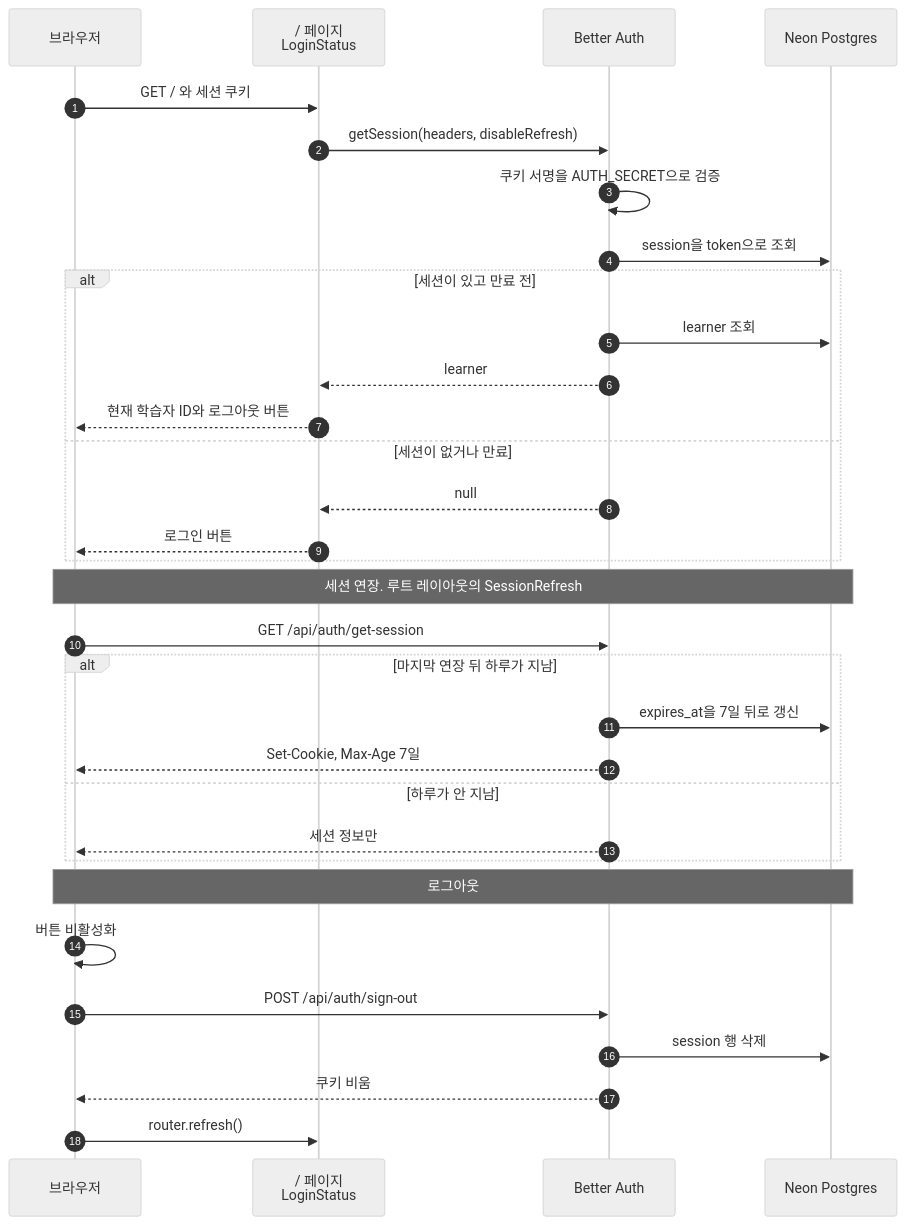
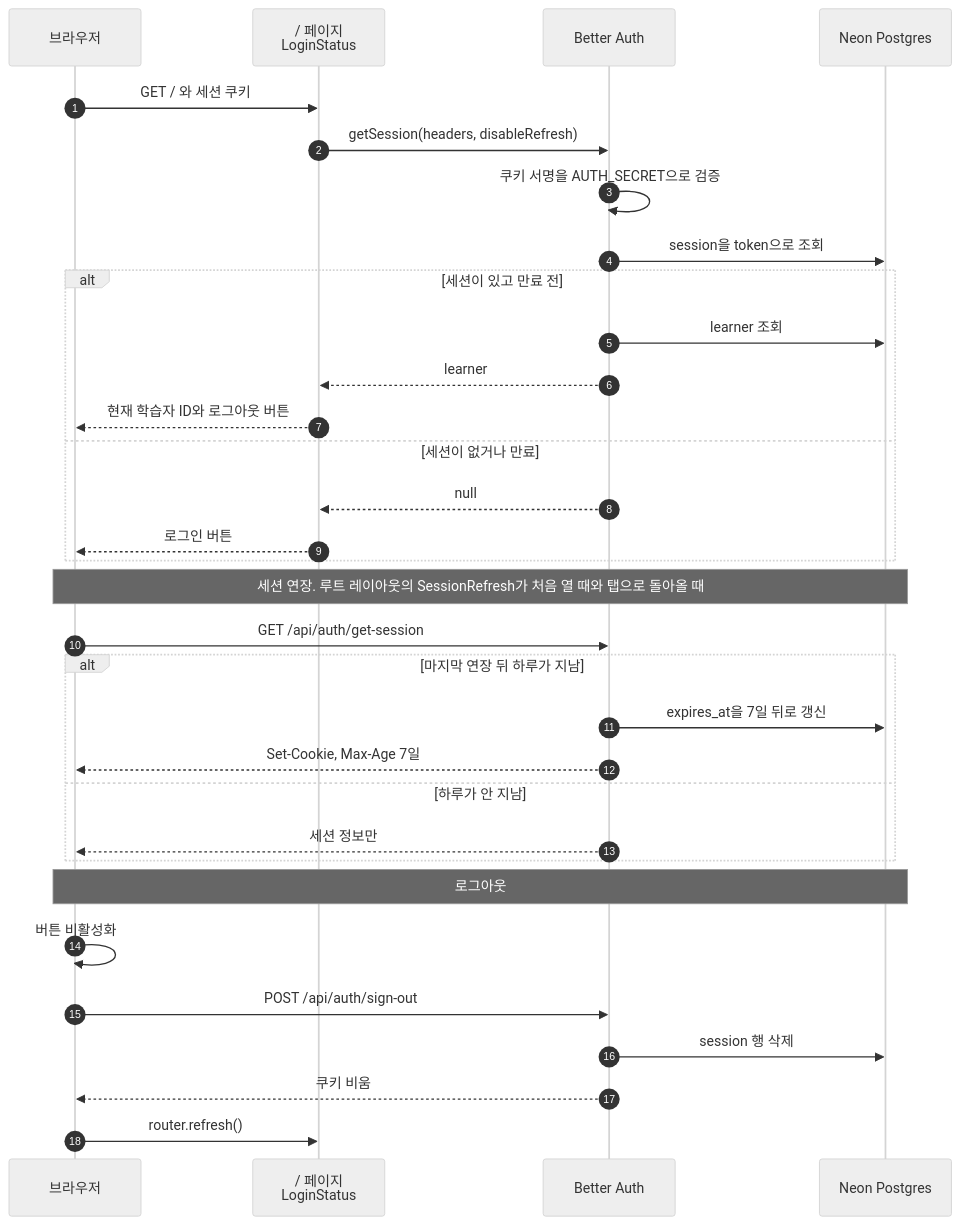
One commit to hm1n/silo-4th changed the fourth of 6 diagrams in _docs/output/2026-11-02-social-login-design.md. Above: the diagram before and after it, drawn with Mermaid (neutral theme). The commit also changed other lines of this file and 4 other files, not shown here.

````diff
--- a/_docs/output/2026-11-02-social-login-design.md
+++ b/_docs/output/2026-11-02-social-login-design.md
@@ -171,37 +175,37 @@
 ```mermaid
 sequenceDiagram
   autonumber
   participant B as 브라우저
   participant P as / 페이지<br/>LoginStatus
   participant A as Better Auth
   participant DB as Neon Postgres
 
   B->>P: GET / 와 세션 쿠키
   P->>A: getSession(headers, disableRefresh)
   A->>A: 쿠키 서명을 AUTH_SECRET으로 검증
   A->>DB: session을 token으로 조회
   alt 세션이 있고 만료 전
     A->>DB: learner 조회
     A-->>P: learner
     P-->>B: 현재 학습자 ID와 로그아웃 버튼
   else 세션이 없거나 만료
     A-->>P: null
     P-->>B: 로그인 버튼
   end
 
-  Note over B,DB: 세션 연장. 루트 레이아웃의 SessionRefresh
+  Note over B,DB: 세션 연장. 루트 레이아웃의 SessionRefresh가 처음 열 때와 탭으로 돌아올 때
   B->>A: GET /api/auth/get-session
   alt 마지막 연장 뒤 하루가 지남
     A->>DB: expires_at을 7일 뒤로 갱신
     A-->>B: Set-Cookie, Max-Age 7일
   else 하루가 안 지남
     A-->>B: 세션 정보만
   end
 
   Note over B,DB: 로그아웃
   B->>B: 버튼 비활성화
   B->>A: POST /api/auth/sign-out
   A->>DB: session 행 삭제
   A-->>B: 쿠키 비움
   B->>P: router.refresh()
 ```
````
